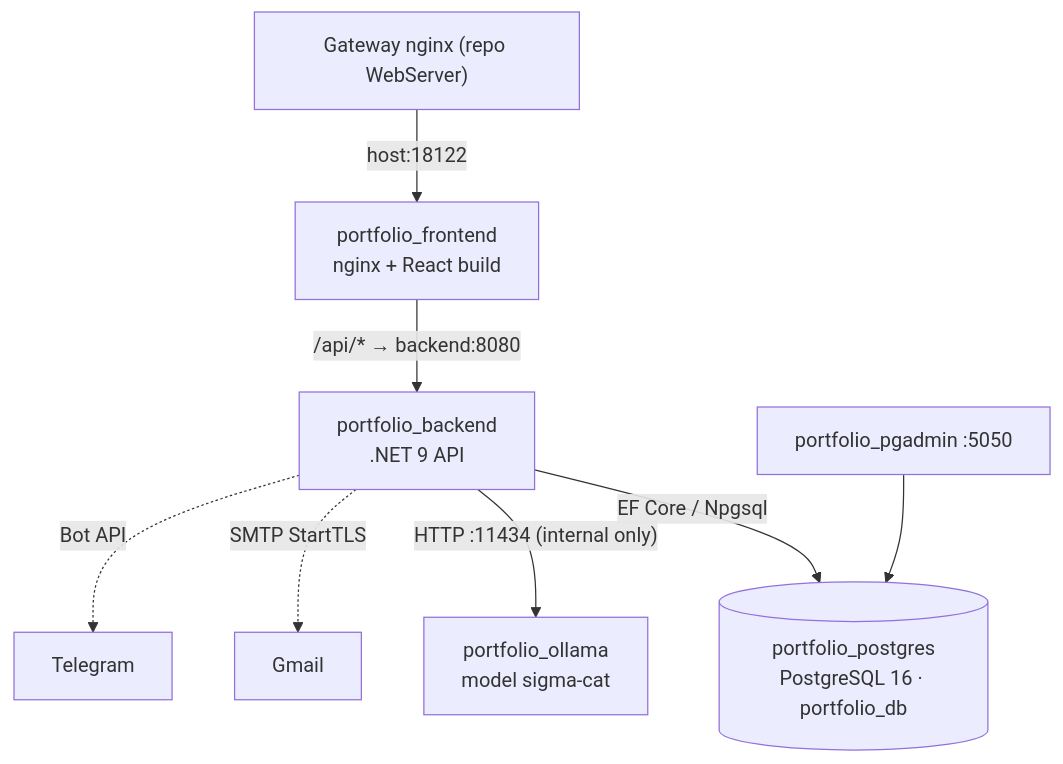
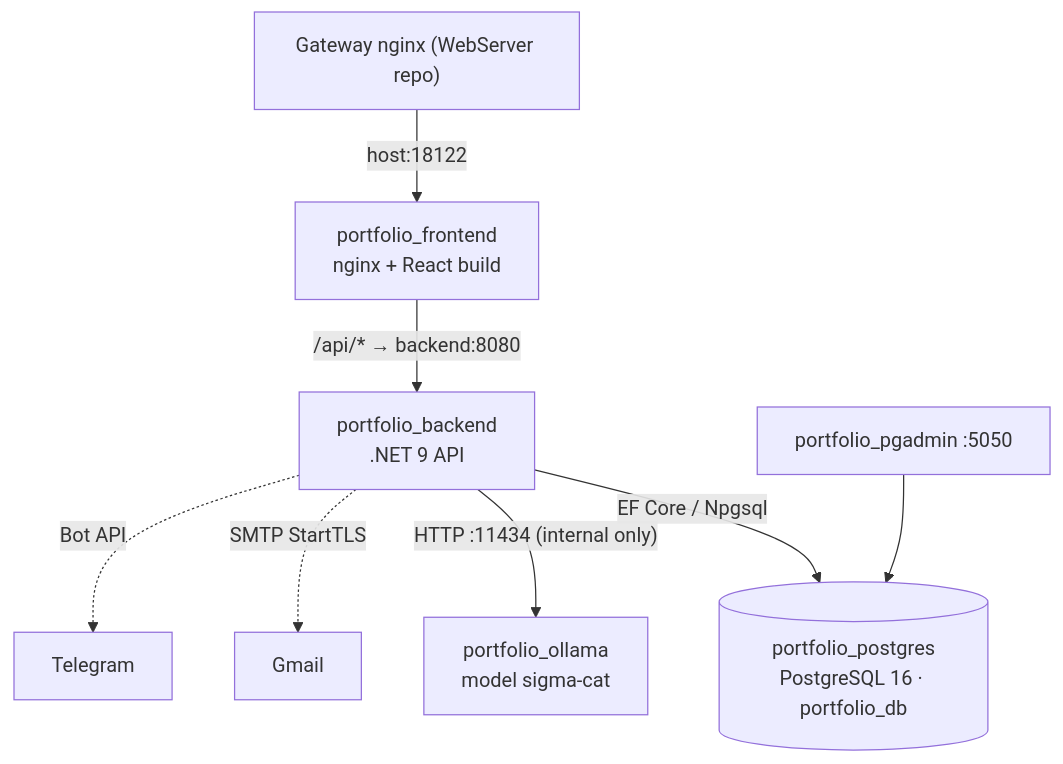
Before and after one commit to VyKhoi/Portfolio: the diagram in docs/ARCHITECTURE.md, drawn with Mermaid. The commit also changed other lines of this file and 4 other files, not shown here.

````diff
--- a/docs/ARCHITECTURE.md
+++ b/docs/ARCHITECTURE.md
@@ -17,10 +17,10 @@
 ```mermaid
 graph TD
-    GW["Gateway nginx (repo WebServer)"] -->|host:18122| FE["portfolio_frontend<br/>nginx + React build"]
+    GW["Gateway nginx (WebServer repo)"] -->|host:18122| FE["portfolio_frontend<br/>nginx + React build"]
     FE -->|"/api/* → backend:8080"| BE["portfolio_backend<br/>.NET 9 API"]
     BE -->|EF Core / Npgsql| PG[("portfolio_postgres<br/>PostgreSQL 16 · portfolio_db")]
     BE -->|"HTTP :11434 (internal only)"| OL["portfolio_ollama<br/>model sigma-cat"]
     BE -.->|SMTP StartTLS| GM[Gmail]
     BE -.->|Bot API| TG[Telegram]
     PGA["portfolio_pgadmin :5050"] --> PG
 ```
````
